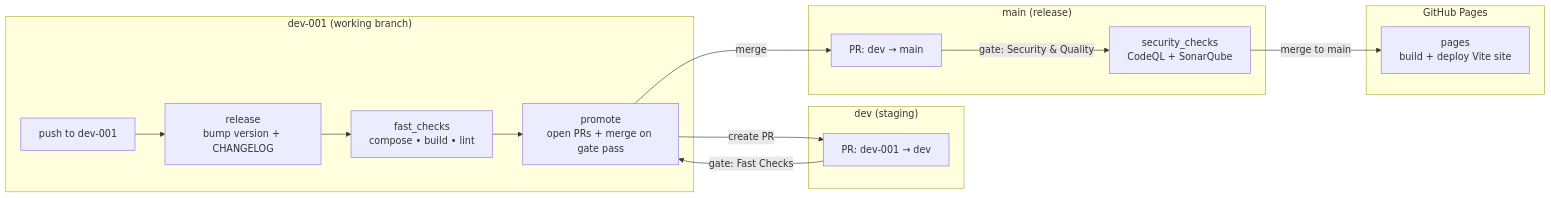
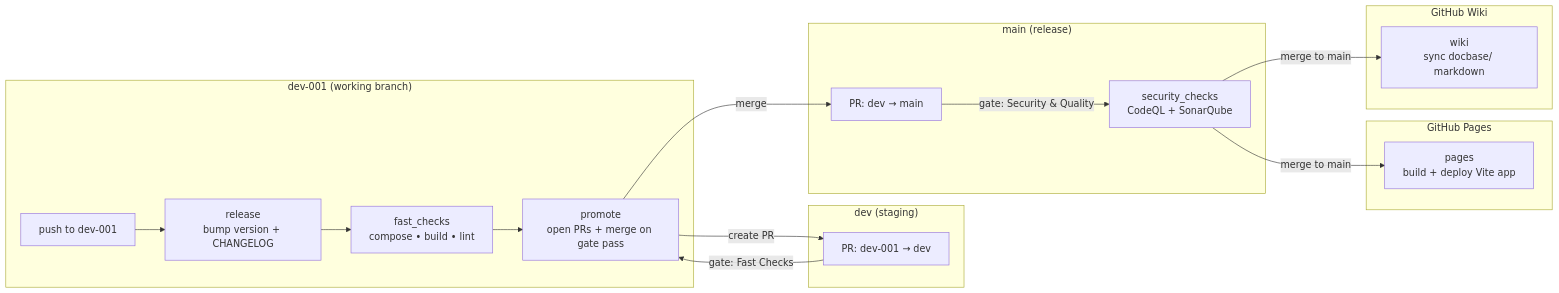
The first of 4 diagrams in docbase/docs/CICD-Pipeline.md (Mcc-Mak/opencode-workflow-demo), drawn with Mermaid before and after one commit. The commit also changed other lines of this file and 29 other files, not shown here.

First line of the commit message:
feat: deploy codebase to Pages, docbase to Wiki (0.4.0)

````diff
--- a/docbase/docs/CICD-Pipeline.md
+++ b/docbase/docs/CICD-Pipeline.md
@@ -13,24 +13,28 @@
 ```mermaid
 flowchart LR
   subgraph dev-001["dev-001 (working branch)"]
     PUSH["push to dev-001"]
     RELEASE["release\nbump version + CHANGELOG"]
     FAST["fast_checks\ncompose • build • lint"]
     PROMOTE["promote\nopen PRs + merge on gate pass"]
   end
   subgraph dev["dev (staging)"]
     PR1["PR: dev-001 → dev"]
   end
   subgraph main["main (release)"]
     PR2["PR: dev → main"]
     SEC["security_checks\nCodeQL + SonarQube"]
   end
   subgraph pages["GitHub Pages"]
-    DEPLOY["pages\nbuild + deploy Vite site"]
+    DEPLOY["pages\nbuild + deploy Vite app"]
+  end
+  subgraph wiki["GitHub Wiki"]
+    WIKI["wiki\nsync docbase/ markdown"]
   end
 
   PUSH --> RELEASE --> FAST --> PROMOTE
   PROMOTE -->|create PR| PR1 -->|gate: Fast Checks| PROMOTE
   PROMOTE -->|merge| PR2 -->|gate: Security & Quality| SEC
   SEC -->|merge to main| DEPLOY
+  SEC -->|merge to main| WIKI
 ```
````
